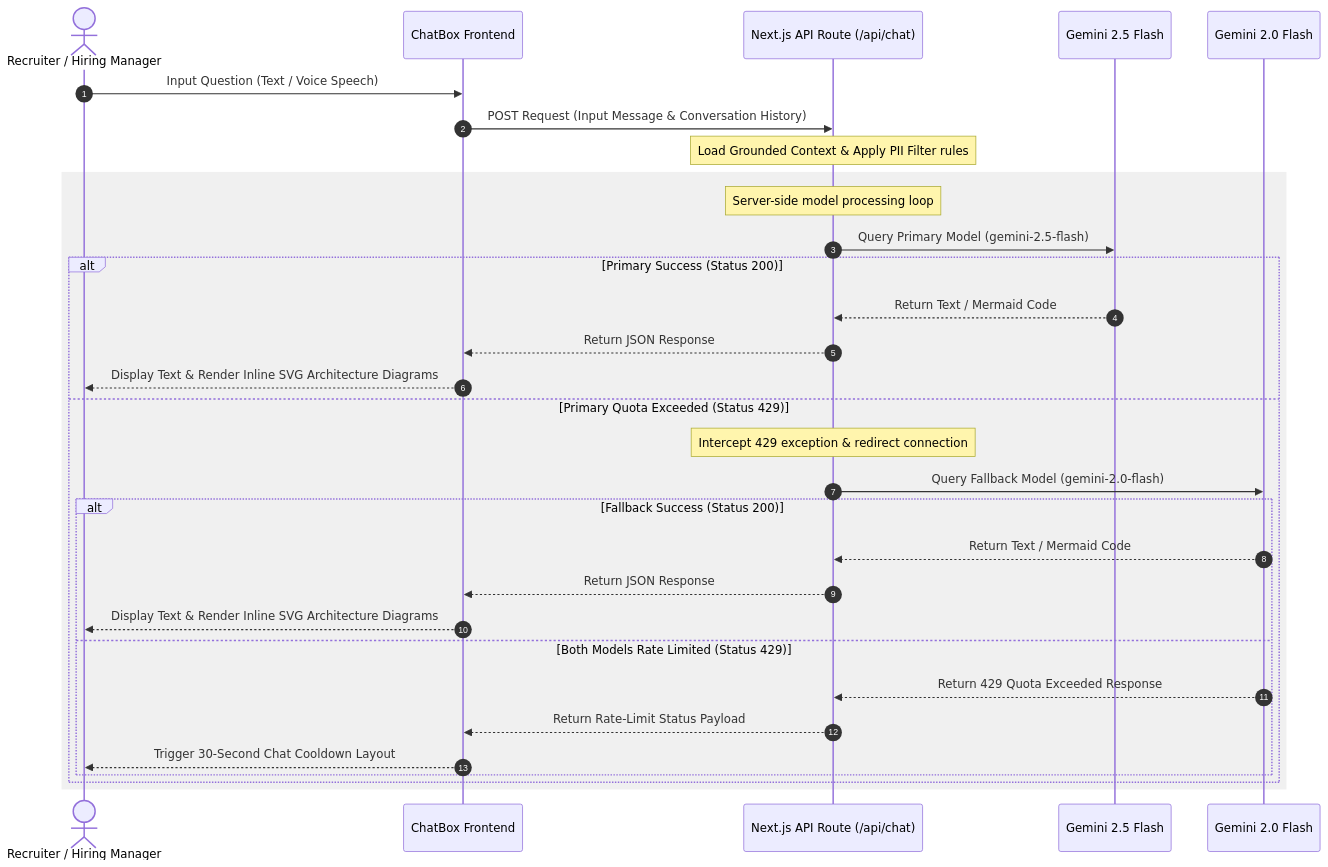
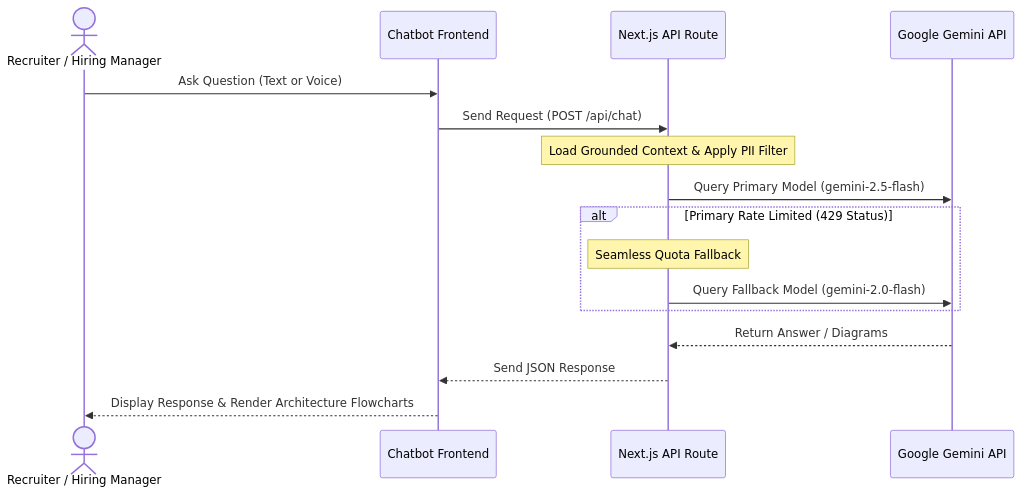
One commit to sivad5712/Siva_Ai_Resume_Chatbot changed the second of 2 diagrams in README.md. Above: the diagram before and after it, drawn with Mermaid.

Commit message:
Simplify failover sequence diagram in README.md for better clarity

````diff
--- a/README.md
+++ b/README.md
@@ -114,35 +114,22 @@
 ```mermaid
 sequenceDiagram
-    autonumber
-    actor Recruiter as Recruiter / Hiring Manager
-    participant UI as ChatBox Frontend
-    participant Server as Next.js API Route (/api/chat)
-    participant Primary as Gemini 2.5 Flash
-    participant Fallback as Gemini 2.0 Flash
+    actor User as Recruiter / Hiring Manager
+    participant UI as Chatbot Frontend
+    participant API as Next.js API Route
+    participant Gemini as Google Gemini API
 
-    Recruiter->>UI: Input Question (Text / Voice Speech)
-    UI->>Server: POST Request (Input Message & Conversation History)
-    Note over Server: Load Grounded Context & Apply PII Filter rules
-    
-    rect rgb(240, 240, 240)
-        Note over Server: Server-side model processing loop
-        Server->>Primary: Query Primary Model (gemini-2.5-flash)
-        alt Primary Success (Status 200)
-            Primary-->>Server: Return Text / Mermaid Code
-            Server-->>UI: Return JSON Response
-            UI-->>Recruiter: Display Text & Render Inline SVG Architecture Diagrams
-        else Primary Quota Exceeded (Status 429)
-            Note over Server: Intercept 429 exception & redirect connection
-            Server->>Fallback: Query Fallback Model (gemini-2.0-flash)
-            alt Fallback Success (Status 200)
-                Fallback-->>Server: Return Text / Mermaid Code
-                Server-->>UI: Return JSON Response
-                UI-->>Recruiter: Display Text & Render Inline SVG Architecture Diagrams
-            else Both Models Rate Limited (Status 429)
-                Fallback-->>Server: Return 429 Quota Exceeded Response
-                Server-->>UI: Return Rate-Limit Status Payload
-                UI-->>Recruiter: Trigger 30-Second Chat Cooldown Layout
-            end
-        end
+    User->>UI: Ask Question (Text or Voice)
+    UI->>API: Send Request (POST /api/chat)
+    Note over API: Load Grounded Context & Apply PII Filter
+
+    API->>Gemini: Query Primary Model (gemini-2.5-flash)
+
+    alt Primary Rate Limited (429 Status)
+        Note over API: Seamless Quota Fallback
+        API->>Gemini: Query Fallback Model (gemini-2.0-flash)
     end
+
+    Gemini-->>API: Return Answer / Diagrams
+    API-->>UI: Send JSON Response
+    UI-->>User: Display Response & Render Architecture Flowcharts
 ```
````
